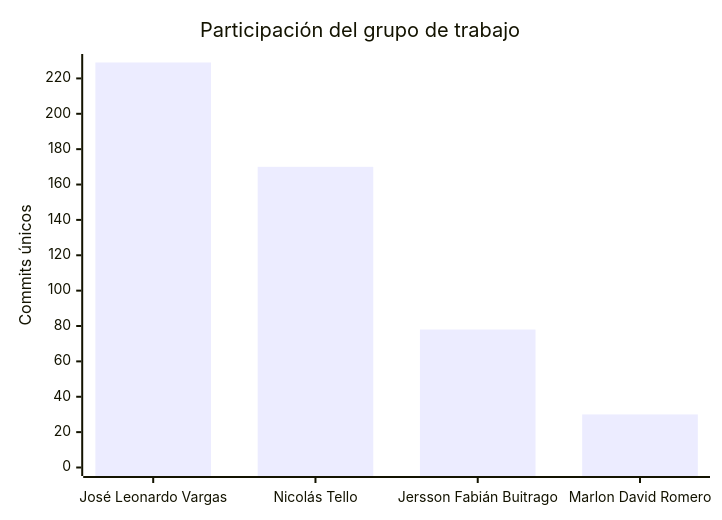
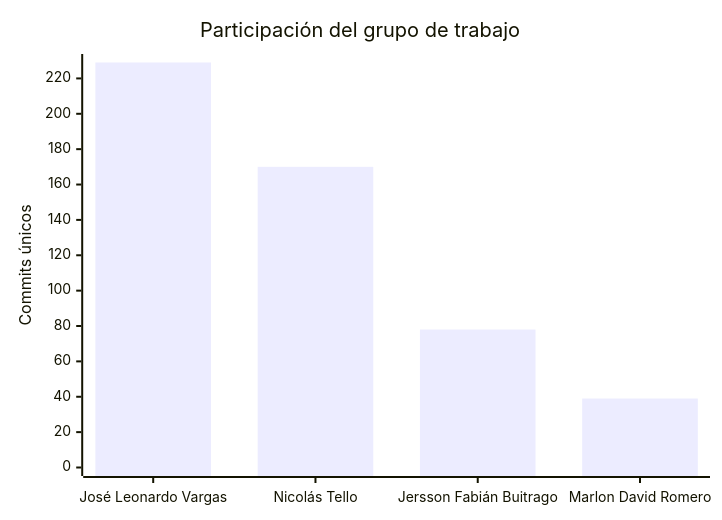
Before and after one commit to FarmaExpres/FarmaExpres: the second of 2 diagrams in README.md, drawn with Mermaid. The commit also changed other lines of this file and 2 other files, not shown here.

````diff
--- a/README.md
+++ b/README.md
@@ -401,7 +401,7 @@
 ```mermaid
 xychart-beta
     title "Participación del grupo de trabajo"
     x-axis ["José Leonardo Vargas", "Nicolás Tello", "Jersson Fabián Buitrago", "Marlon David Romero"]
     y-axis "Commits únicos" 0 --> 229
-    bar [229, 170, 78, 30]
+    bar [229, 170, 78, 39]
 ```
````
